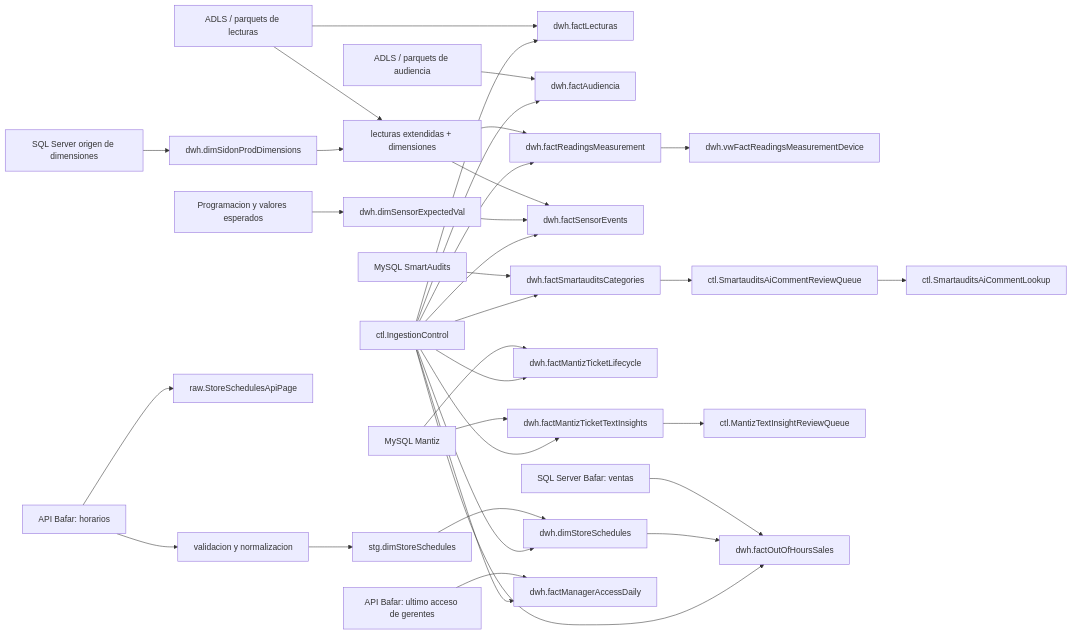
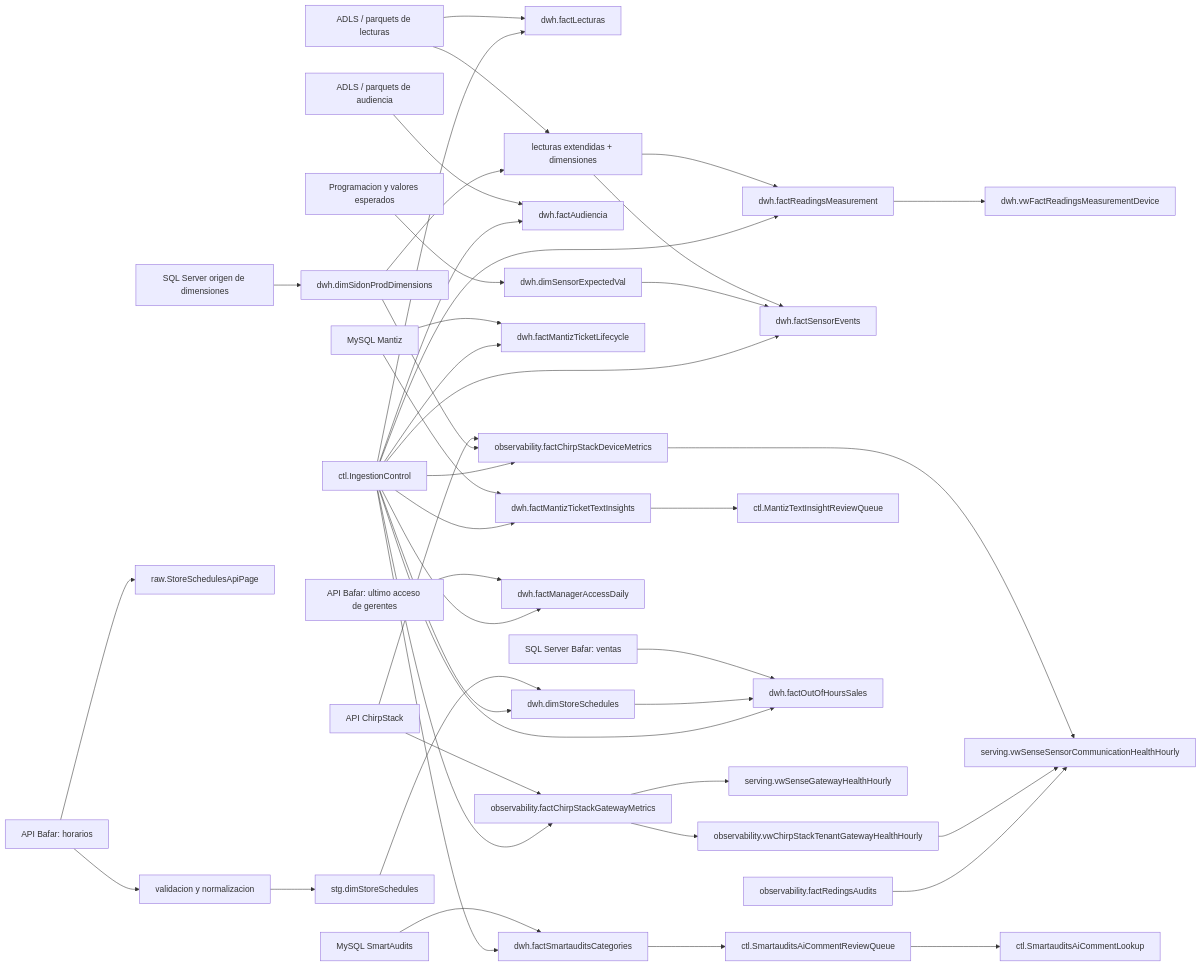
One commit to leotrevizo37/data-etls changed the diagram in docs/architecture/data_flow.md. Above: the diagram before and after it, drawn with Mermaid. The commit also changed other lines of this file and 5 other files, not shown here.

````diff
--- a/docs/architecture/data_flow.md
+++ b/docs/architecture/data_flow.md
@@ -5,43 +5,54 @@
 ```mermaid
 flowchart LR
   adls["ADLS / parquets de lecturas"] --> factLecturas["dwh.factLecturas"]
   adls --> readingsExtended["lecturas extendidas + dimensiones"]
   audience["ADLS / parquets de audiencia"] --> factAudiencia["dwh.factAudiencia"]
   sqlDims["SQL Server origen de dimensiones"] --> dimSidon["dwh.dimSidonProdDimensions"]
   sqlSchedule["Programacion y valores esperados"] --> expected["dwh.dimSensorExpectedVal"]
 
   dimSidon --> readingsExtended
   readingsExtended --> measurements["dwh.factReadingsMeasurement"]
   measurements --> deviceView["dwh.vwFactReadingsMeasurementDevice"]
 
   readingsExtended --> sensorEvents["dwh.factSensorEvents"]
   expected --> sensorEvents
 
   smartauditsMySql["MySQL SmartAudits"] --> smartauditsFact["dwh.factSmartauditsCategories"]
   smartauditsFact --> smartauditsReview["ctl.SmartauditsAiCommentReviewQueue"]
   smartauditsReview --> smartauditsLookup["ctl.SmartauditsAiCommentLookup"]
 
   mantizMySql["MySQL Mantiz"] --> mantizLifecycle["dwh.factMantizTicketLifecycle"]
   mantizMySql --> mantizInsights["dwh.factMantizTicketTextInsights"]
   mantizInsights --> mantizReview["ctl.MantizTextInsightReviewQueue"]
 
   bafarSales["SQL Server Bafar: ventas"] --> outOfHoursSales["dwh.factOutOfHoursSales"]
   bafarSchedulesApi["API Bafar: horarios"] --> bafarSchedulesRaw["raw.StoreSchedulesApiPage"]
   bafarSchedulesApi --> bafarSchedulesValidation["validacion y normalizacion"]
   bafarSchedulesValidation --> bafarSchedulesStage["stg.dimStoreSchedules"]
   bafarSchedulesStage --> bafarSchedules["dwh.dimStoreSchedules"]
   bafarSchedules["dwh.dimStoreSchedules"] --> outOfHoursSales
 
   managerAccessApi["API Bafar: ultimo acceso de gerentes"] --> managerAccess["dwh.factManagerAccessDaily"]
 
+  chirpstackApi["API ChirpStack"] --> chirpstackDevices["observability.factChirpStackDeviceMetrics"]
+  chirpstackApi --> chirpstackGateways["observability.factChirpStackGatewayMetrics"]
+  dimSidon --> chirpstackDevices
+  chirpstackGateways --> gatewayHealth["serving.vwSenseGatewayHealthHourly"]
+  chirpstackGateways --> tenantGatewayHealth["observability.vwChirpStackTenantGatewayHealthHourly"]
+  chirpstackDevices --> communicationHealth["serving.vwSenseSensorCommunicationHealthHourly"]
+  tenantGatewayHealth --> communicationHealth
+  readingsAudits["observability.factRedingsAudits"] --> communicationHealth
+
   control["ctl.IngestionControl"] --> factLecturas
   control --> factAudiencia
   control --> measurements
   control --> sensorEvents
   control --> smartauditsFact
   control --> mantizLifecycle
   control --> mantizInsights
   control --> bafarSchedules
   control --> outOfHoursSales
   control --> managerAccess
+  control --> chirpstackDevices
+  control --> chirpstackGateways
 ```
````
